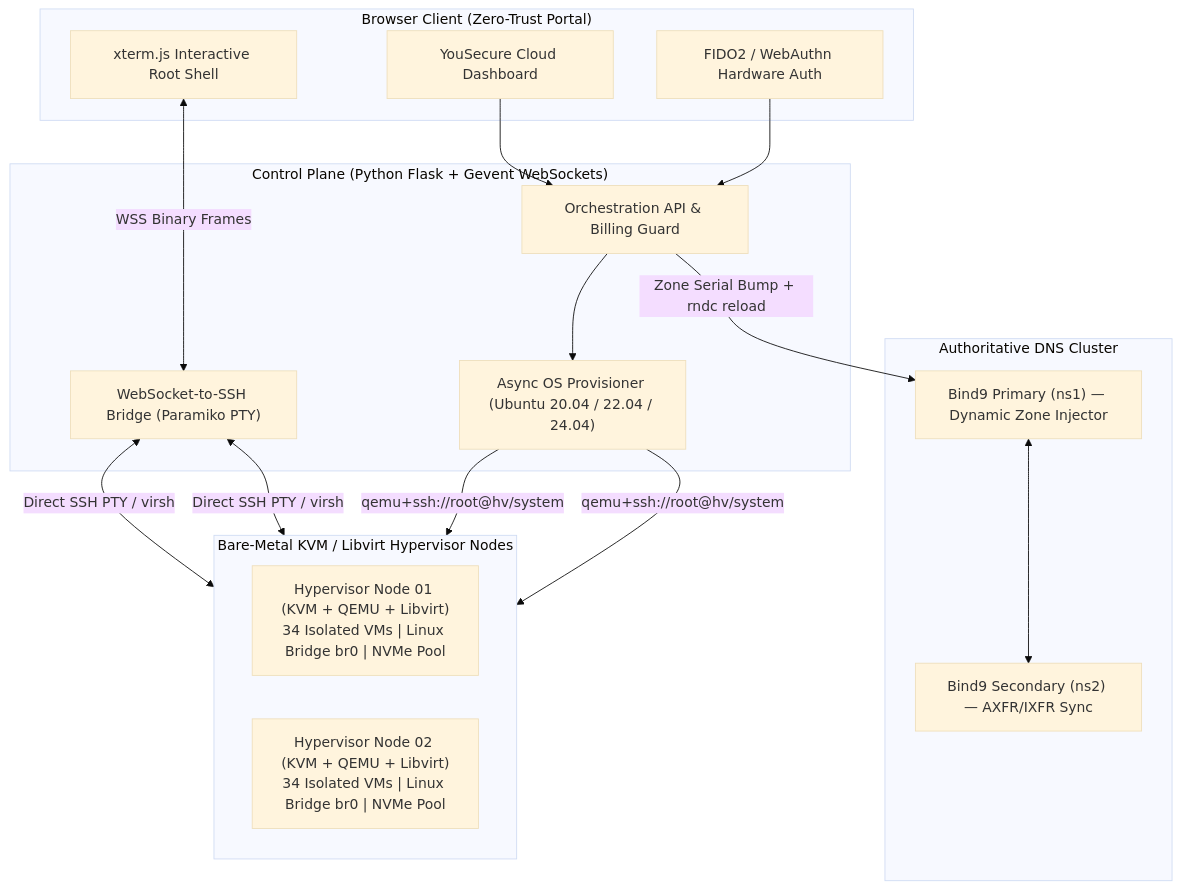
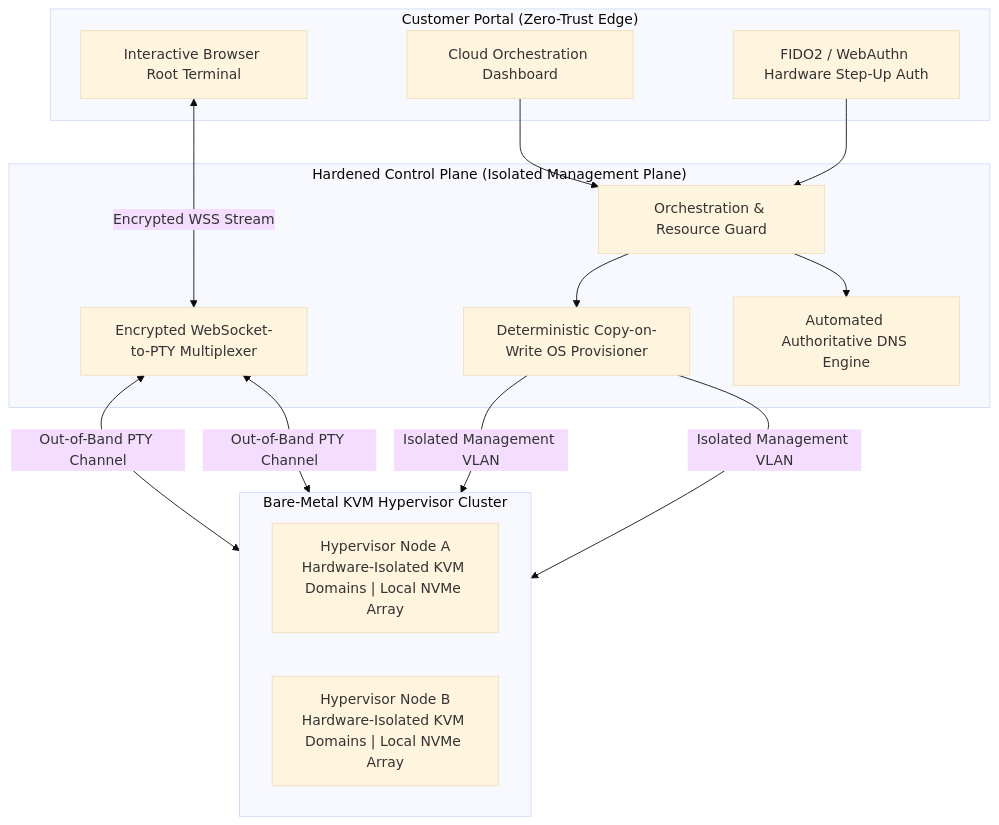
One commit to gabrielkemmer/bare-metal-kvm-cloud-architecture changed the diagram in README.md. Above: the diagram before and after it, drawn with Mermaid (base theme). The commit also changed other lines of this file, not shown here.

Commit message:
Update to customer workload benchmarks and sanitize OPSEC details

````diff
--- a/README.md
+++ b/README.md
@@ -26,36 +29,31 @@
 ```mermaid
 flowchart TB
-    subgraph Client["Browser Client (Zero-Trust Portal)"]
-        UI["YouSecure Cloud Dashboard"]
-        XTerm["xterm.js Interactive Root Shell"]
-        Passkey["FIDO2 / WebAuthn Hardware Auth"]
+    subgraph Client["Customer Portal (Zero-Trust Edge)"]
+        UI["Cloud Orchestration Dashboard"]
+        XTerm["Interactive Browser Root Terminal"]
+        Passkey["FIDO2 / WebAuthn Hardware Step-Up Auth"]
     end
 
-    subgraph ControlPlane["Control Plane (Python Flask + Gevent WebSockets)"]
-        API["Orchestration API & Billing Guard"]
-        WSBridge["WebSocket-to-SSH Bridge (Paramiko PTY)"]
-        Provisioner["Async OS Provisioner (Ubuntu 20.04 / 22.04 / 24.04)"]
+    subgraph ControlPlane["Hardened Control Plane (Isolated Management Plane)"]
+        API["Orchestration & Resource Guard"]
+        WSBridge["Encrypted WebSocket-to-PTY Multiplexer"]
+        Provisioner["Deterministic Copy-on-Write OS Provisioner"]
+        DNS["Automated Authoritative DNS Engine"]
     end
 
-    subgraph DNSCluster["Authoritative DNS Cluster"]
-        BindPrimary["Bind9 Primary (ns1) — Dynamic Zone Injector"]
-        BindSecondary["Bind9 Secondary (ns2) — AXFR/IXFR Sync"]
-    end
-
-    subgraph Hypervisors["Bare-Metal KVM / Libvirt Hypervisor Nodes"]
+    subgraph Hypervisors["Bare-Metal KVM Hypervisor Cluster"]
         direction LR
-        HV1["Hypervisor Node 01 (KVM + QEMU + Libvirt)\n34 Isolated VMs | Linux Bridge br0 | NVMe Pool"]
-        HV2["Hypervisor Node 02 (KVM + QEMU + Libvirt)\n34 Isolated VMs | Linux Bridge br0 | NVMe Pool"]
+        HV1["Hypervisor Node A\nHardware-Isolated KVM Domains | Local NVMe Array"]
+        HV2["Hypervisor Node B\nHardware-Isolated KVM Domains | Local NVMe Array"]
     end
 
     Passkey --> API
     UI --> API
-    XTerm <-->|"WSS Binary Frames"| WSBridge
+    XTerm <-->|"Encrypted WSS Stream"| WSBridge
     API --> Provisioner
-    API -->|"Zone Serial Bump + rndc reload"| BindPrimary
-    BindPrimary <--> BindSecondary
-    Provisioner -->|"qemu+ssh://root@hv/system"| HV1
-    Provisioner -->|"qemu+ssh://root@hv/system"| HV2
-    WSBridge <-->|"Direct SSH PTY / virsh"| HV1
-    WSBridge <-->|"Direct SSH PTY / virsh"| HV2
+    API --> DNS
+    Provisioner -->|"Isolated Management VLAN"| HV1
+    Provisioner -->|"Isolated Management VLAN"| HV2
+    WSBridge <-->|"Out-of-Band PTY Channel"| HV1
+    WSBridge <-->|"Out-of-Band PTY Channel"| HV2
 ```
````
